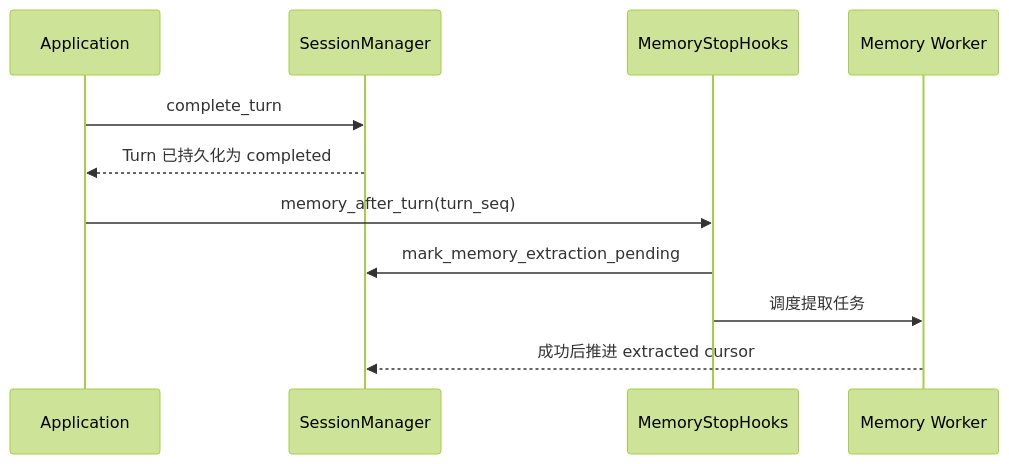
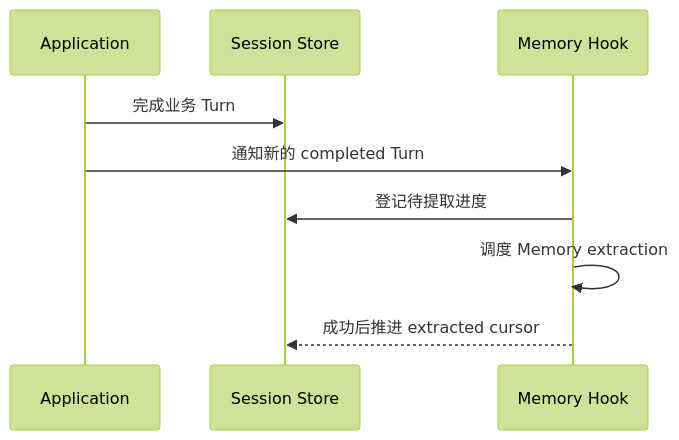
The third of 10 diagrams in docs/11-long-term-memory.md (Arthur999459up/GitAgent), drawn with Mermaid (forest theme) before and after one commit. The commit also changed other lines of this file and 15 other files, not shown here.

````diff
--- a/docs/11-long-term-memory.md
+++ b/docs/11-long-term-memory.md
@@ -108,14 +58,12 @@
 ```mermaid
 sequenceDiagram
-    participant App as Application
-    participant Session as SessionManager
-    participant Hook as MemoryStopHooks
-    participant Worker as Memory Worker
+    participant A as Application
+    participant S as Session Store
+    participant M as Memory Hook
 
-    App->>Session: complete_turn
-    Session-->>App: Turn 已持久化为 completed
-    App->>Hook: memory_after_turn(turn_seq)
-    Hook->>Session: mark_memory_extraction_pending
-    Hook->>Worker: 调度提取任务
-    Worker-->>Session: 成功后推进 extracted cursor
+    A->>S: 完成业务 Turn
+    A->>M: 通知新的 completed Turn
+    M->>S: 登记待提取进度
+    M->>M: 调度 Memory extraction
+    M-->>S: 成功后推进 extracted cursor
 ```
````
